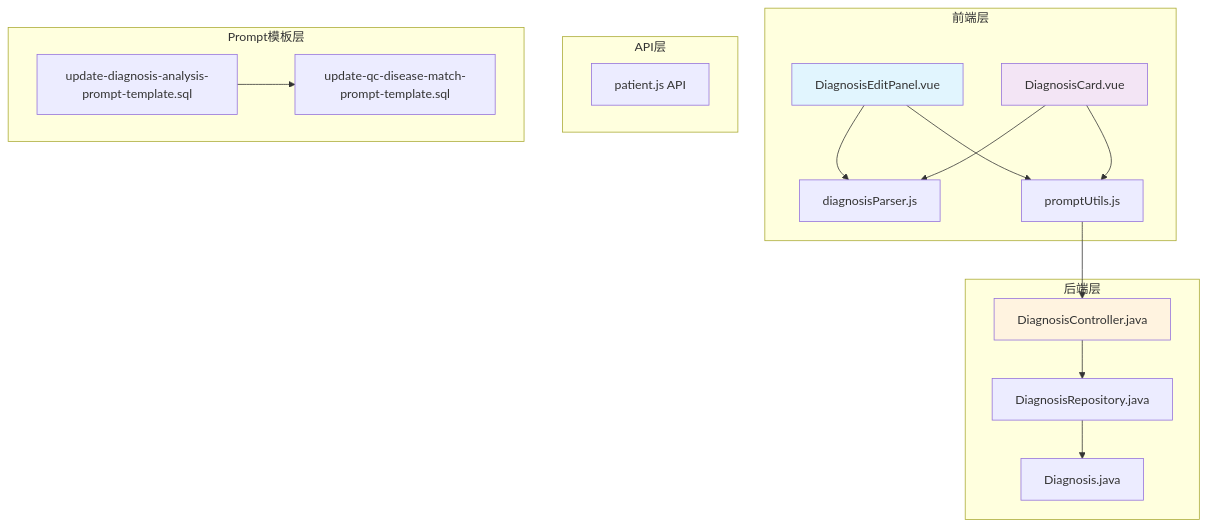
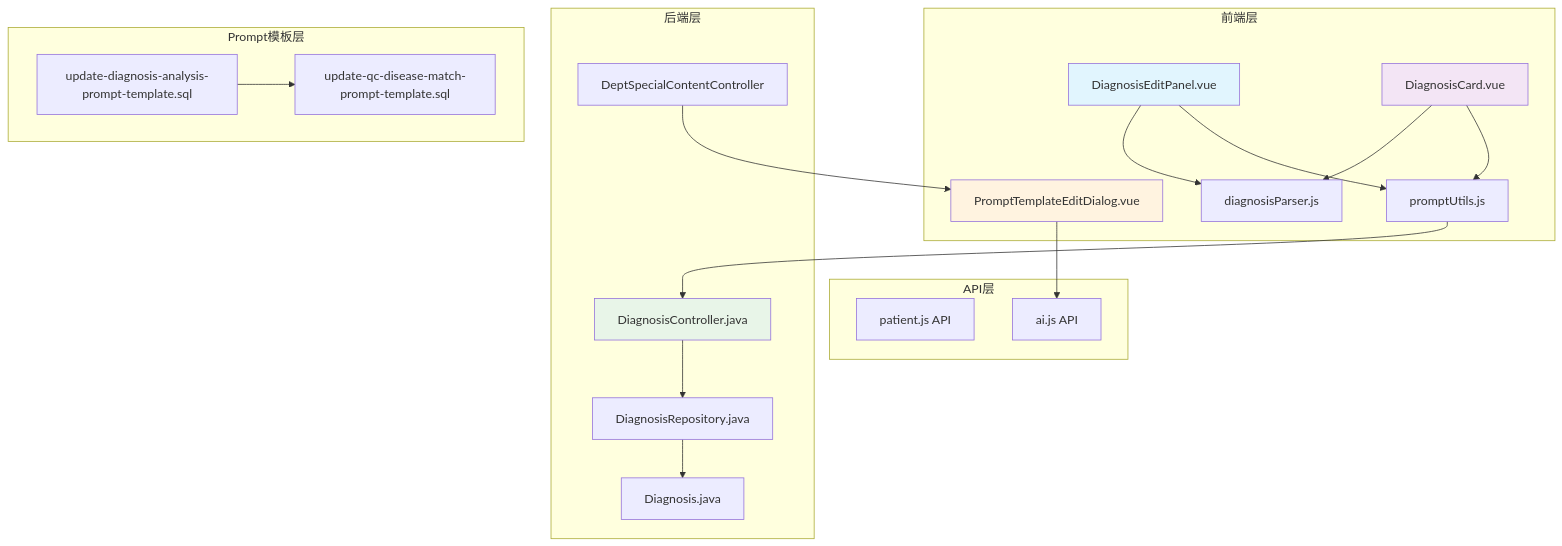
Before and after one commit to liuzh2008/med_ai_assistant_workspace: the first of 7 diagrams in .qoder/repowiki/zh/content/核心功能模块/诊断编辑面板增强.md, drawn with Mermaid. The commit also changed other lines of this file and 5 other files, not shown here.

````diff
--- a/.qoder/repowiki/zh/content/核心功能模块/诊断编辑面板增强.md
+++ b/.qoder/repowiki/zh/content/核心功能模块/诊断编辑面板增强.md
@@ -48,32 +51,38 @@
 ```mermaid
 graph TB
 subgraph "前端层"
 DEP[DiagnosisEditPanel.vue]
 DC[DiagnosisCard.vue]
 DP[diagnosisParser.js]
 PS[promptUtils.js]
+PTED[PromptTemplateEditDialog.vue]
 end
 subgraph "API层"
 PA[patient.js API]
+AA[ai.js API]
 end
 subgraph "后端层"
 DCtrl[DiagnosisController.java]
 DR[DiagnosisRepository.java]
 DM[Diagnosis.java]
+DSC[DeptSpecialContentController]
 end
 subgraph "Prompt模板层"
 UT[update-diagnosis-analysis-prompt-template.sql]
 UQ[update-qc-disease-match-prompt-template.sql]
 end
 DEP --> DP
 DEP --> PS
 DC --> DP
 DC --> PS
+PTED --> AA
 PS --> DCtrl
 DCtrl --> DR
 DR --> DM
+DSC --> PTED
 UT --> UQ
 style DEP fill:#e1f5fe
 style DC fill:#f3e5f5
-style DCtrl fill:#fff3e0
+style PTED fill:#fff3e0
+style DCtrl fill:#e8f5e8
 ```
````
